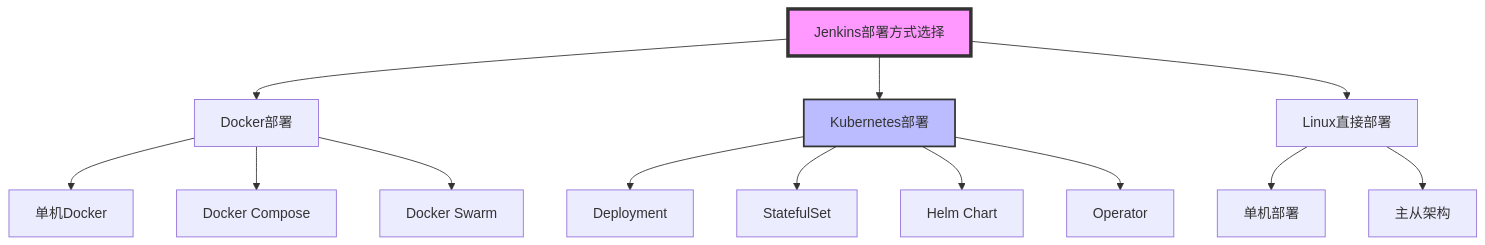
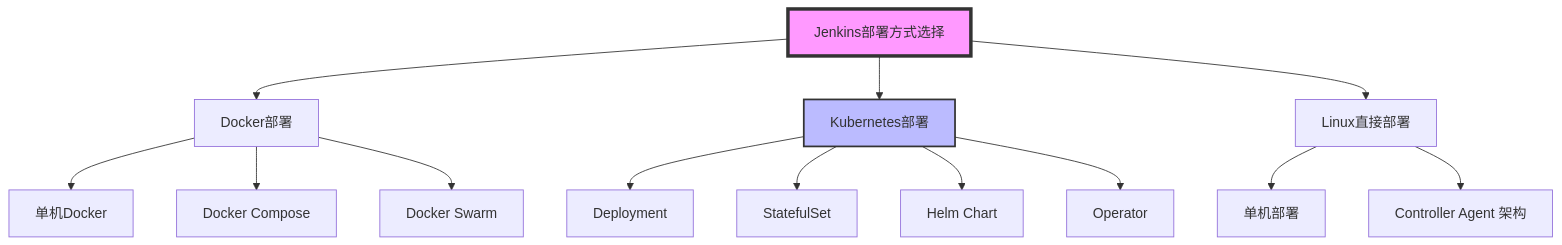
One commit to luozijian1990/ops-roadmap changed the second of 6 diagrams in topics/delivery/jenkins/guide.md. Above: the diagram before and after it, drawn with Mermaid. The commit also changed other lines of this file and 6 other files, not shown here.

````diff
--- a/topics/delivery/jenkins/guide.md
+++ b/topics/delivery/jenkins/guide.md
@@ -991,21 +1259,21 @@
 ```mermaid
 graph TD
     A[Jenkins部署方式选择] --> B[Docker部署]
     A --> C[Kubernetes部署]
     A --> D[Linux直接部署]
   
     B --> B1[单机Docker]
     B --> B2[Docker Compose]
     B --> B3[Docker Swarm]
   
     C --> C1[Deployment]
     C --> C2[StatefulSet]
     C --> C3[Helm Chart]
     C --> C4[Operator]
   
     D --> D1[单机部署]
-    D --> D2[主从架构]
+    D --> D2[Controller Agent 架构]
   
     style A fill:#f9f,stroke:#333,stroke-width:4px
     style C fill:#bbf,stroke:#333,stroke-width:2px
 ```
````
